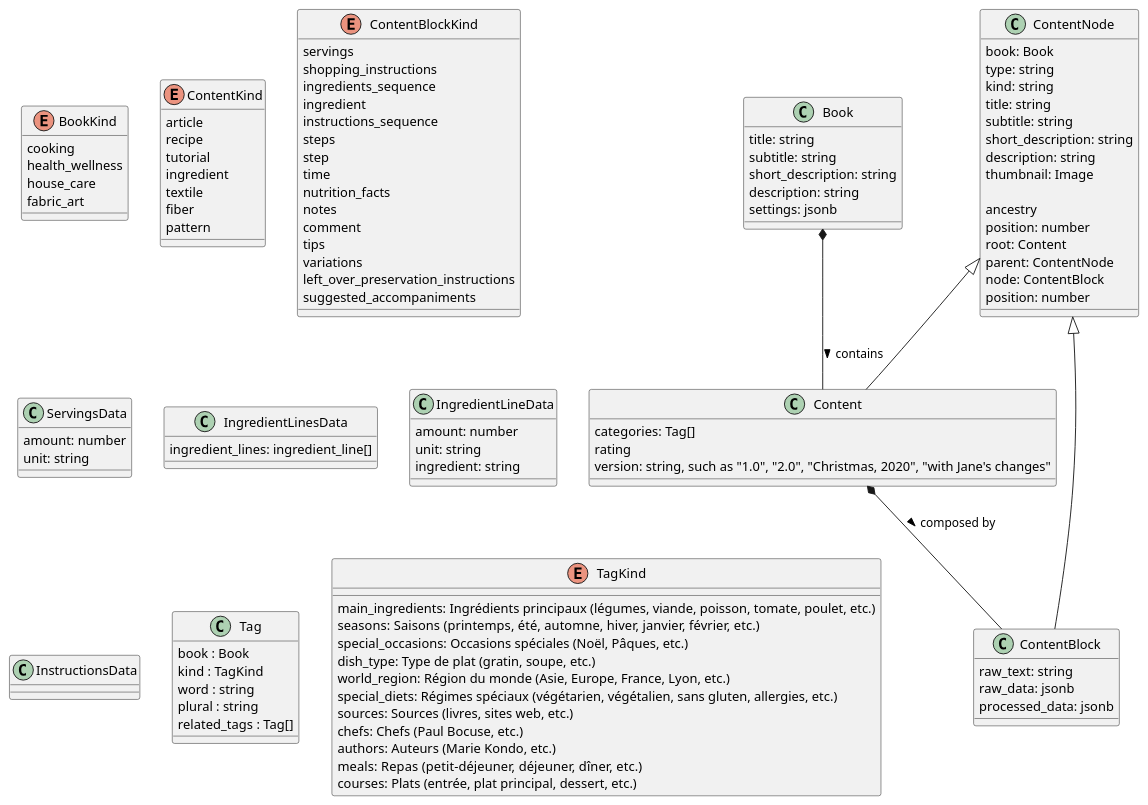
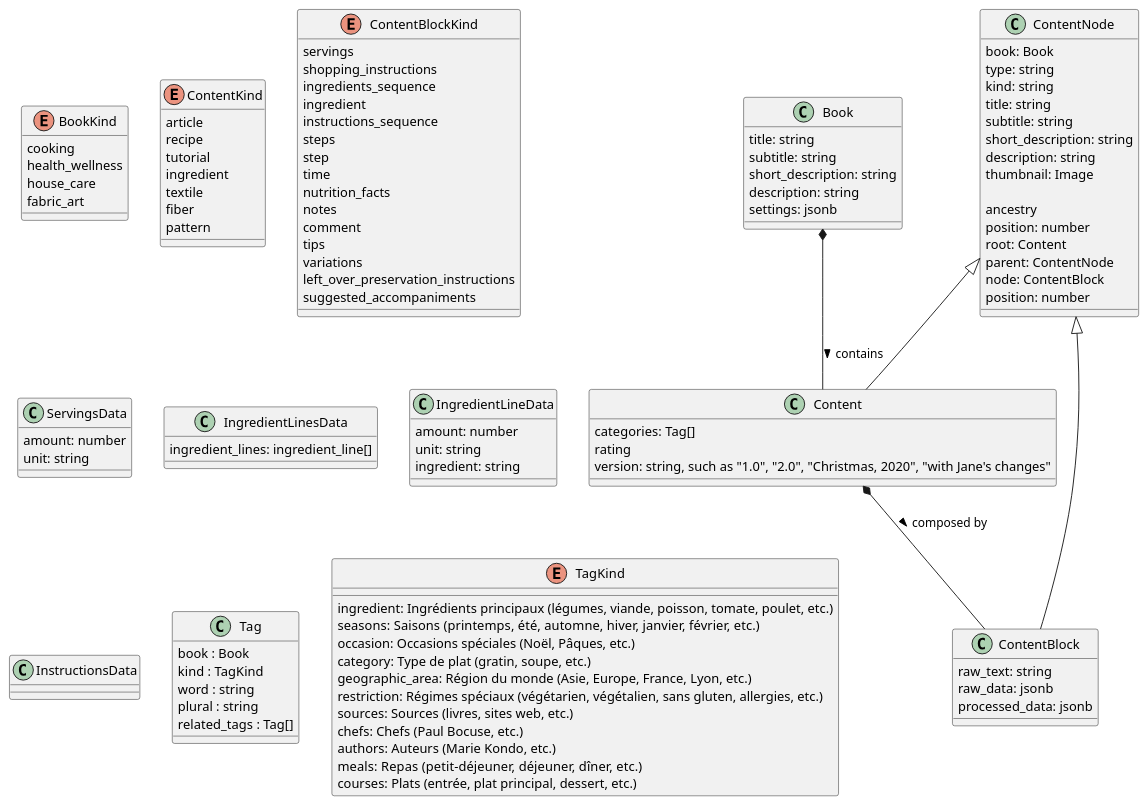
The diagram in docs/data-model.puml (mveyrenc/hysperial_book), drawn with PlantUML before and after one commit. The commit also changed 109 other files, not shown here.

```diff
--- a/docs/data-model.puml
+++ b/docs/data-model.puml
@@ -1,127 +1,127 @@
 @startuml
 
     class Book {
         title: string
         subtitle: string
         short_description: string
         description: string
         settings: jsonb
     }
 
 
     enum BookKind {
         cooking
         health_wellness
         house_care
         fabric_art
     }
 
     class ContentNode {
         book: Book
         type: string
         kind: string
         title: string
         subtitle: string
         short_description: string
         description: string
         thumbnail: Image
 
         ancestry
         position: number
     }
 
     class Content {
         categories: Tag[]
         rating
         version: string, such as "1.0", "2.0", "Christmas, 2020", "with Jane's changes"
     }
 
     class ContentBlock {
         raw_text: string
         raw_data: jsonb
         processed_data: jsonb
     }
 
     ContentNode <|-- Content
     ContentNode <|-- ContentBlock
 
     enum ContentKind {
         article
         recipe
         tutorial
         ingredient
         textile
         fiber
         pattern
     }
 
     enum ContentBlockKind {
         servings
         shopping_instructions
         ingredients_sequence
         ingredient
         instructions_sequence
         steps
         step
         time
         nutrition_facts
         notes
         comment
         tips
         variations
         left_over_preservation_instructions
         suggested_accompaniments
     }
 
     class ServingsData {
         amount: number
         unit: string
     }
 
     class IngredientLinesData {
         ingredient_lines: ingredient_line[]
     }
 
     class IngredientLineData {
         amount: number
         unit: string
         ingredient: string
     }
 
     class InstructionsData {
 
     }
 
     class ContentNode {
         root: Content
         parent: ContentNode
         node: ContentBlock
         position: number
     }
 
     class Tag {
         book : Book
         kind : TagKind
         word : string
         plural : string
         related_tags : Tag[]
     }
 
     enum TagKind {
-        main_ingredients: Ingrédients principaux (légumes, viande, poisson, tomate, poulet, etc.)
+        ingredient: Ingrédients principaux (légumes, viande, poisson, tomate, poulet, etc.)
         seasons: Saisons (printemps, été, automne, hiver, janvier, février, etc.)
-        special_occasions: Occasions spéciales (Noël, Pâques, etc.)
-        dish_type: Type de plat (gratin, soupe, etc.)
-        world_region: Région du monde (Asie, Europe, France, Lyon, etc.)
-        special_diets: Régimes spéciaux (végétarien, végétalien, sans gluten, allergies, etc.)
+        occasion: Occasions spéciales (Noël, Pâques, etc.)
+        category: Type de plat (gratin, soupe, etc.)
+        geographic_area: Région du monde (Asie, Europe, France, Lyon, etc.)
+        restriction: Régimes spéciaux (végétarien, végétalien, sans gluten, allergies, etc.)
         sources: Sources (livres, sites web, etc.)
         chefs: Chefs (Paul Bocuse, etc.)
         authors: Auteurs (Marie Kondo, etc.)
         meals: Repas (petit-déjeuner, déjeuner, dîner, etc.)
         courses: Plats (entrée, plat principal, dessert, etc.)
     }
 
     Book *-- Content : contains >
     Content *-- ContentBlock : composed by >
 
 @enduml
```
